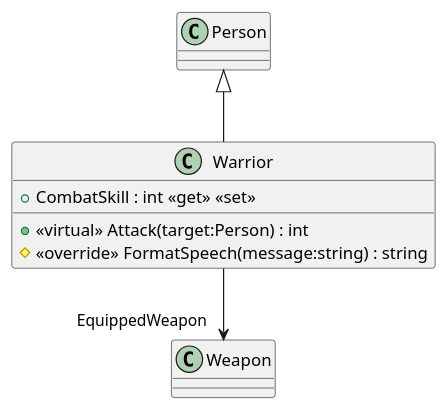
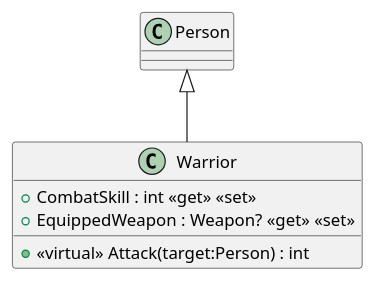
The diagram in RPG/puml_export/src/Core/Player/Warrior.puml (Beans69584/rpg), drawn with PlantUML before and after one commit. The commit also changed 107 other files, not shown here.

```diff
--- a/RPG/puml_export/src/Core/Player/Warrior.puml
+++ b/RPG/puml_export/src/Core/Player/Warrior.puml
@@ -1,9 +1,8 @@
 @startuml
 class Warrior {
     + CombatSkill : int <<get>> <<set>>
+    + EquippedWeapon : Weapon? <<get>> <<set>>
     + <<virtual>> Attack(target:Person) : int
-    # <<override>> FormatSpeech(message:string) : string
 }
 Person <|-- Warrior
-Warrior --> "EquippedWeapon" Weapon
 @enduml
```
